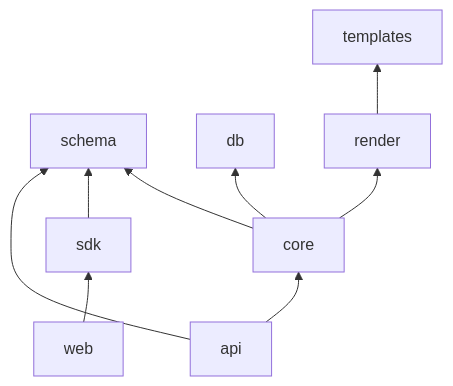
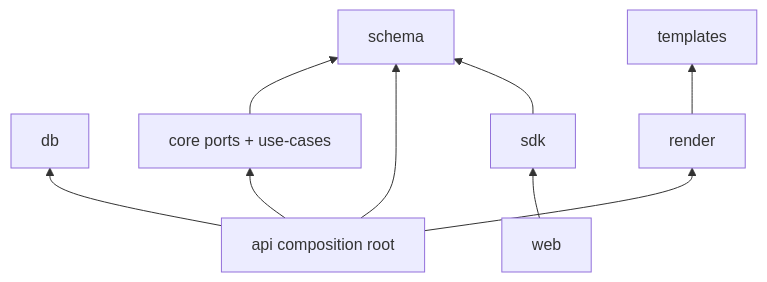
The second of 3 diagrams in _bmad-output/planning-artifacts/architecture/architecture-usetagih-2026-07-20/SOLUTION-DESIGN.md (Milkywayrules/usetagih), drawn with Mermaid before and after one commit. The commit also changed other lines of this file and 2 other files, not shown here.

First line of the commit message:
docs: harden architecture for determinism, security, and deploy

````diff
--- a/_bmad-output/planning-artifacts/architecture/architecture-usetagih-2026-07-20/SOLUTION-DESIGN.md
+++ b/_bmad-output/planning-artifacts/architecture/architecture-usetagih-2026-07-20/SOLUTION-DESIGN.md
@@ -304,19 +354,19 @@
 ```mermaid
 flowchart BT
   schema[schema]
   db[db]
   render[render]
   templates[templates]
-  core[core]
+  core[core ports + use-cases]
   sdk[sdk]
-  api[api]
+  api[api composition root]
   web[web]
   core --> schema
-  core --> db
-  core --> render
   render --> templates
+  api --> core
+  api --> db
+  api --> render
+  api --> schema
   sdk --> schema
-  api --> core
-  api --> schema
   web --> sdk
 ```
````
